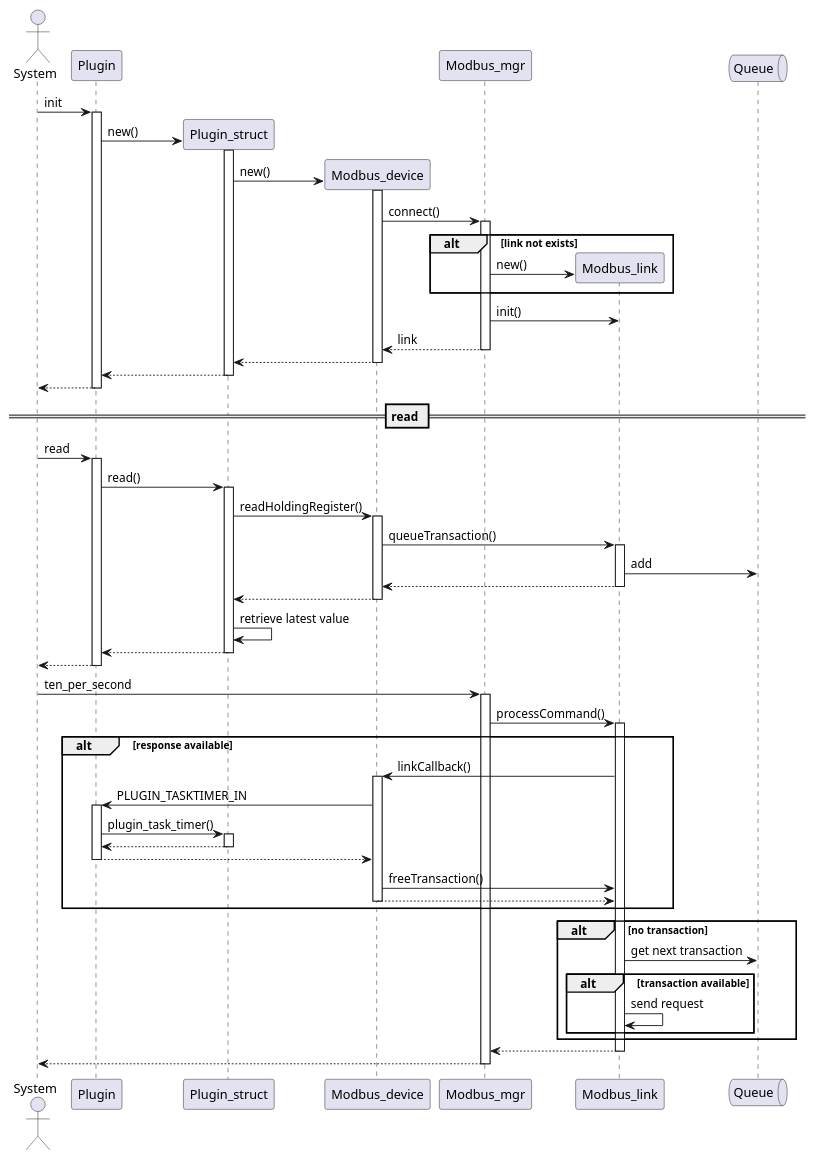
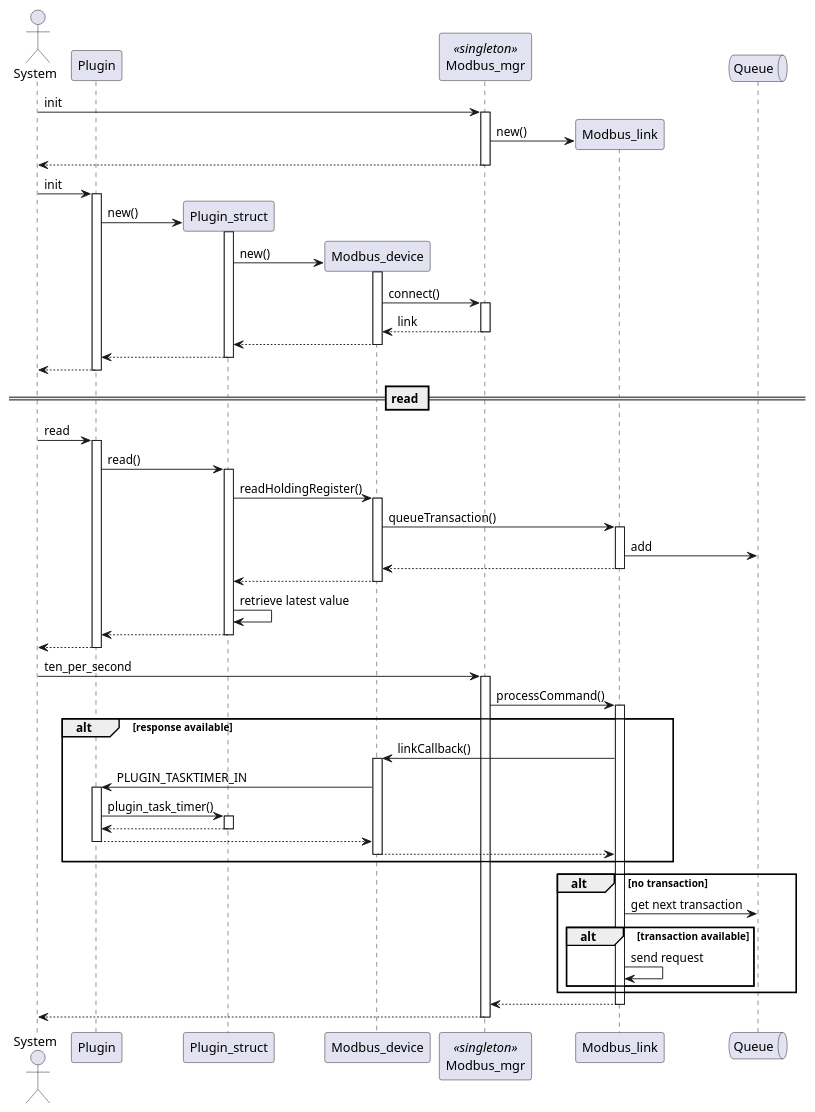
One commit to letscontrolit/ESPEasy changed the diagram in misc/modbusFacility/Modbus_seq2.puml. Above: the diagram before and after it, drawn with PlantUML. The commit also changed 8 other files, not shown here.

```diff
--- a/misc/modbusFacility/Modbus_seq2.puml
+++ b/misc/modbusFacility/Modbus_seq2.puml
@@ -1,58 +1,56 @@
 @startuml
 actor       System       as system
 participant Plugin as plugin
 participant Plugin_struct as plugin_struct
 participant Modbus_device as modbus_device 
-participant Modbus_mgr    as modbus_mgr  
+participant Modbus_mgr    as modbus_mgr  <<singleton>>
 participant Modbus_link   as modbus_link
 queue       Queue       as queue
 
+system -> modbus_mgr ++ : init
+create modbus_link
+modbus_mgr -> modbus_link : new()
+system <-- modbus_mgr --
 system -> plugin ++ : init
 create plugin_struct
 plugin -> plugin_struct ++ : new()
 create modbus_device
 plugin_struct -> modbus_device ++ : new()
 modbus_device -> modbus_mgr ++ : connect()
-alt link not exists
-    create modbus_link
-modbus_mgr -> modbus_link  : new()
-end
-modbus_mgr -> modbus_link : init()
 modbus_device <-- modbus_mgr -- : link
 plugin_struct <-- modbus_device --
 plugin <-- plugin_struct --
 system <-- plugin --
 
 == read ==
 
 system -> plugin ++ : read
 plugin -> plugin_struct ++ : read()
 plugin_struct -> modbus_device ++ : readHoldingRegister()
 modbus_device -> modbus_link ++: queueTransaction()
 modbus_link -> queue : add
 modbus_device <-- modbus_link --
 plugin_struct <-- modbus_device --
 plugin_struct -> plugin_struct : retrieve latest value
 plugin <-- plugin_struct --
 system <-- plugin --
 
 system -> modbus_mgr ++ : ten_per_second
 modbus_mgr -> modbus_link ++: processCommand()
 alt response available
   modbus_link -> modbus_device ++ : linkCallback()
   modbus_device -> plugin ++ : PLUGIN_TASKTIMER_IN
   plugin -> plugin_struct ++ : plugin_task_timer()
   plugin <-- plugin_struct --
   modbus_device <-- plugin --
-  modbus_device -> modbus_link : freeTransaction()
   modbus_link <-- modbus_device --
 end
 alt no transaction
   modbus_link -> queue : get next transaction
   alt transaction available
     modbus_link -> modbus_link : send request
   end
 end
 modbus_mgr <-- modbus_link --
 system <-- modbus_mgr --
 @enduml
```
